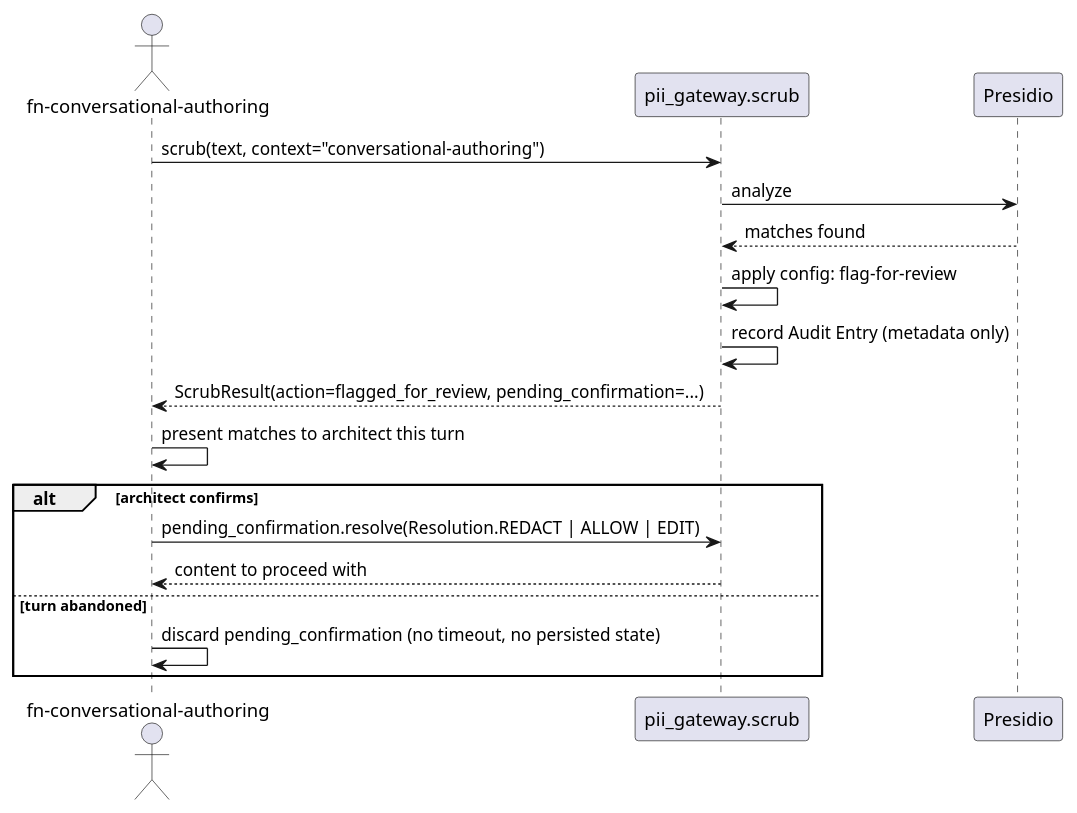
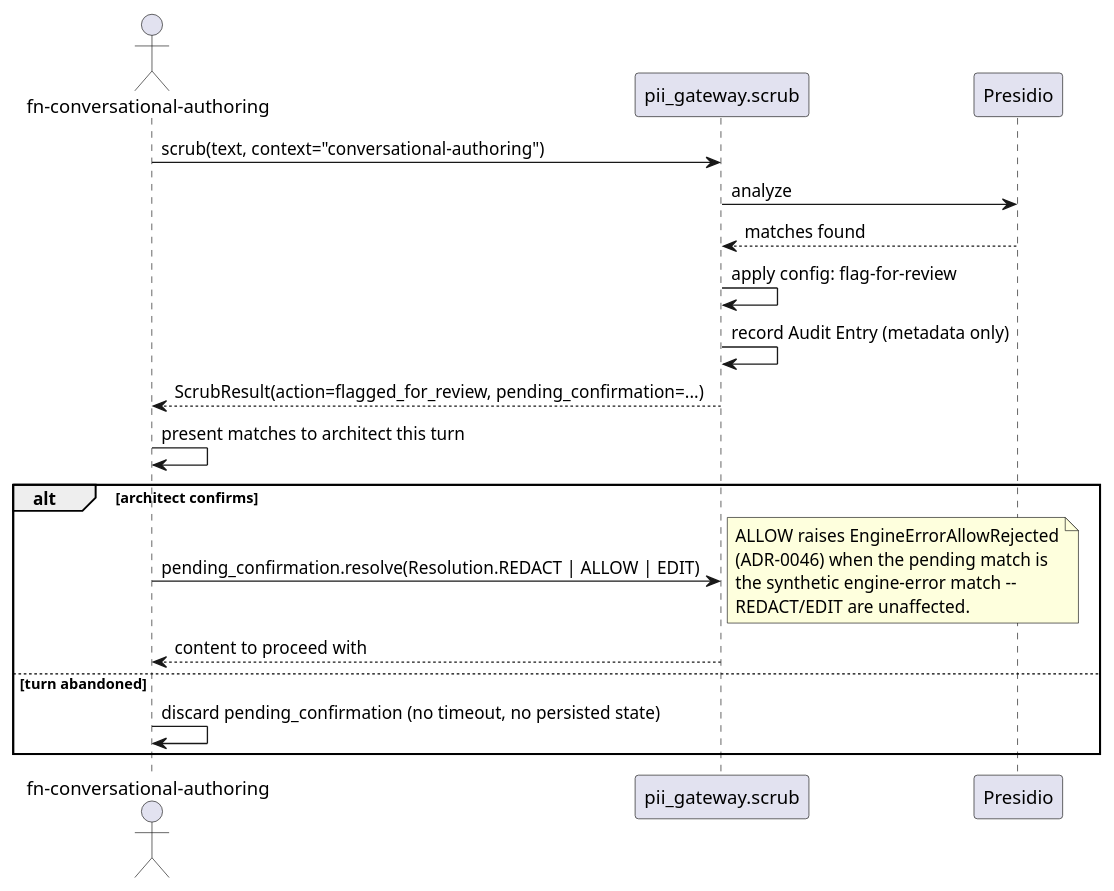
Before and after one commit to wolffy-au/frictionless-architect: the second of 2 diagrams in platform/packages/pii-gateway/specs/001-pii-gateway/contracts/scrub.md, drawn with PlantUML. The commit also changed other lines of this file and 11 other files, not shown here.

First line of the commit message:
fix(pii-gateway): redact entire text on a detector-engine error

````diff
--- a/platform/packages/pii-gateway/specs/001-pii-gateway/contracts/scrub.md
+++ b/platform/packages/pii-gateway/specs/001-pii-gateway/contracts/scrub.md
@@ -37,21 +37,27 @@
 ```plantuml
 @startuml
 actor "fn-conversational-authoring" as caller
 participant "pii_gateway.scrub" as scrub
 participant "Presidio" as presidio
 
 caller -> scrub : scrub(text, context="conversational-authoring")
 scrub -> presidio : analyze
 presidio --> scrub : matches found
 scrub -> scrub : apply config: flag-for-review
 scrub -> scrub : record Audit Entry (metadata only)
 scrub --> caller : ScrubResult(action=flagged_for_review, pending_confirmation=...)
 caller -> caller : present matches to architect this turn
 alt architect confirms
   caller -> scrub : pending_confirmation.resolve(Resolution.REDACT | ALLOW | EDIT)
+  note right
+    ALLOW raises EngineErrorAllowRejected
+    (ADR-0046) when the pending match is
+    the synthetic engine-error match --
+    REDACT/EDIT are unaffected.
+  end note
   scrub --> caller : content to proceed with
 else turn abandoned
   caller -> caller : discard pending_confirmation (no timeout, no persisted state)
 end
 @enduml
 ```
````
